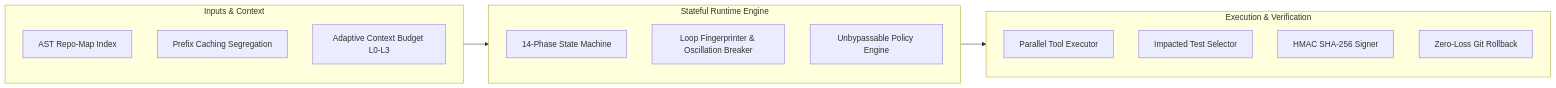
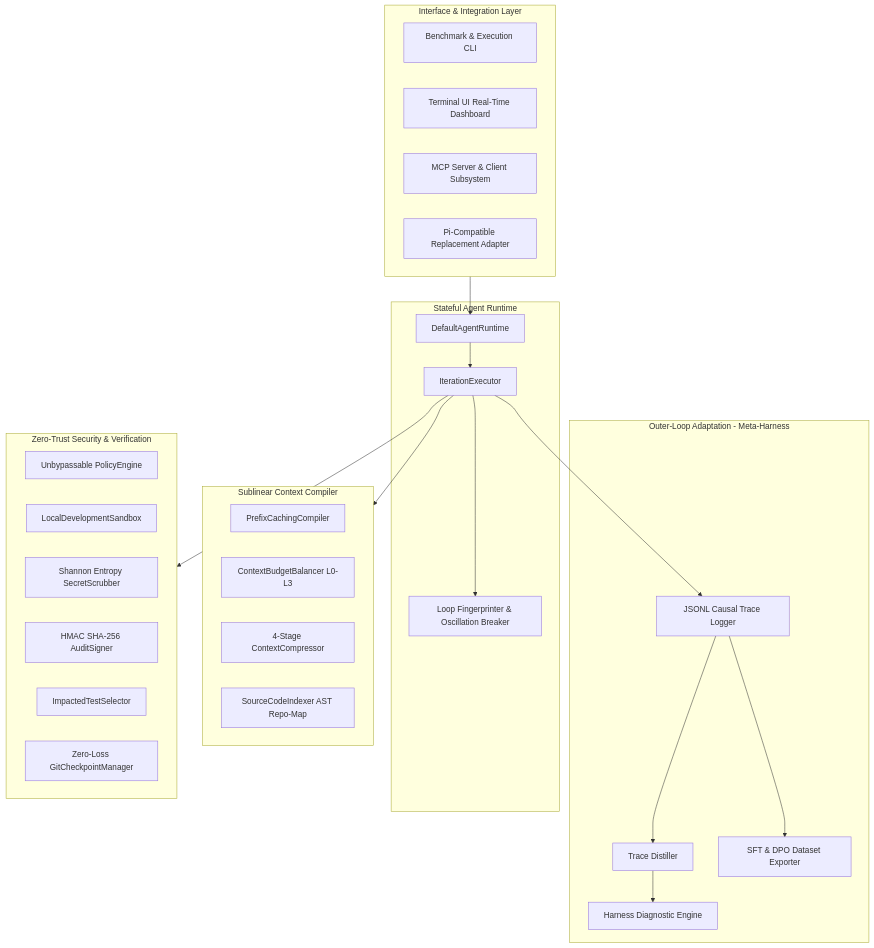
One commit to vfcarida/Vi-Harness changed the second of 4 diagrams in README.md. Above: the diagram before and after it, drawn with Mermaid. The commit also changed other lines of this file, not shown here.

Commit message:
docs: upgrade README to world-class standard with visual architecture, benchmarks, and MCP guides

````diff
--- a/README.md
+++ b/README.md
@@ -35,24 +101,48 @@
 ```mermaid
-flowchart LR
-    subgraph Inputs [Inputs & Context]
-        AST[AST Repo-Map Index]
-        Prefix[Prefix Caching Segregation]
-        Budget[Adaptive Context Budget L0-L3]
+flowchart TB
+    subgraph UI_Layer [Interface & Integration Layer]
+        CLI[Benchmark & Execution CLI]
+        TUI[Terminal UI Real-Time Dashboard]
+        MCPServer[MCP Server & Client Subsystem]
+        PiAdapter[Pi-Compatible Replacement Adapter]
     end
 
-    subgraph CoreEngine [Stateful Runtime Engine]
-        FSM[14-Phase State Machine]
-        Fingerprint[Loop Fingerprinter & Oscillation Breaker]
-        Policy[Unbypassable Policy Engine]
+    subgraph OuterLoop_Layer [Outer-Loop Adaptation - Meta-Harness]
+        TraceLogger[JSONL Causal Trace Logger]
+        Distiller[Trace Distiller]
+        DiagnosticEngine[Harness Diagnostic Engine]
+        DatasetExporter[SFT & DPO Dataset Exporter]
+        TraceLogger --> Distiller --> DiagnosticEngine
+        TraceLogger --> DatasetExporter
     end
 
-    subgraph Execution [Execution & Verification]
-        Tools[Parallel Tool Executor]
-        Impacted[Impacted Test Selector]
-        Audit[HMAC SHA-256 Signer]
-        Git[Zero-Loss Git Rollback]
+    subgraph Core_Runtime [Stateful Agent Runtime]
+        RuntimeEngine[DefaultAgentRuntime]
+        LoopExecutor[IterationExecutor]
+        Fingerprinter[Loop Fingerprinter & Oscillation Breaker]
+        
+        RuntimeEngine --> LoopExecutor
+        LoopExecutor --> Fingerprinter
     end
 
-    Inputs --> CoreEngine
-    CoreEngine --> Execution
+    subgraph Context_Subsystem [Sublinear Context Compiler]
+        PrefixCompiler[PrefixCachingCompiler]
+        BudgetBalancer[ContextBudgetBalancer L0-L3]
+        Compactor[4-Stage ContextCompressor]
+        ASTIndexer[SourceCodeIndexer AST Repo-Map]
+    end
+
+    subgraph Security_Verification [Zero-Trust Security & Verification]
+        PolicyEngine[Unbypassable PolicyEngine]
+        LocalSandbox[LocalDevelopmentSandbox]
+        EntropyScrubber[Shannon Entropy SecretScrubber]
+        AuditSigner[HMAC SHA-256 AuditSigner]
+        TestSelector[ImpactedTestSelector]
+        GitManager[Zero-Loss GitCheckpointManager]
+    end
+
+    UI_Layer --> RuntimeEngine
+    LoopExecutor --> Context_Subsystem
+    LoopExecutor --> Security_Verification
+    LoopExecutor --> TraceLogger
 ```
````
